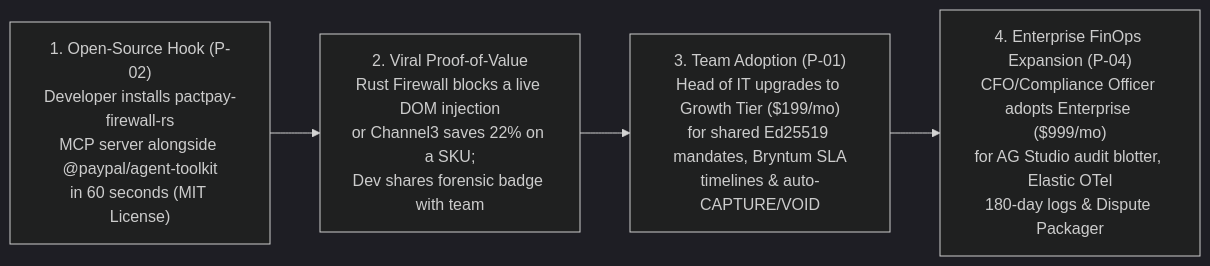
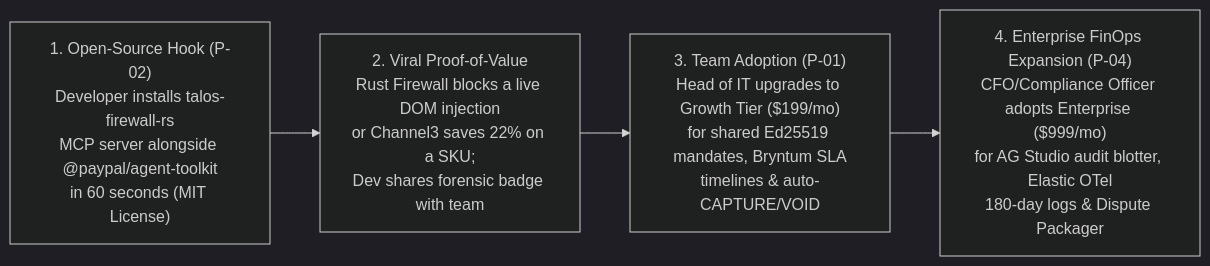
The diagram in docs/07-business/GTM.md (sruj08/Talos), drawn with Mermaid (dark theme) before and after one commit. The commit also changed other lines of this file and 457 other files, not shown here.

Commit message:
feat: initialize polyglot project architecture with comprehensive documentation, Go orchestrator, and Rust firewall services

````diff
--- a/docs/07-business/GTM.md
+++ b/docs/07-business/GTM.md
@@ -17,9 +17,9 @@
 ```mermaid
 flowchart LR
-    Step1["1. Open-Source Hook (P-02)\nDeveloper installs pactpay-firewall-rs\nMCP server alongside @paypal/agent-toolkit\nin 60 seconds (MIT License)"]
+    Step1["1. Open-Source Hook (P-02)\nDeveloper installs talos-firewall-rs\nMCP server alongside @paypal/agent-toolkit\nin 60 seconds (MIT License)"]
     Step2["2. Viral Proof-of-Value\nRust Firewall blocks a live DOM injection\nor Channel3 saves 22% on a SKU;\nDev shares forensic badge with team"]
     Step3["3. Team Adoption (P-01)\nHead of IT upgrades to Growth Tier ($199/mo)\nfor shared Ed25519 mandates, Bryntum SLA\ntimelines & auto-CAPTURE/VOID"]
     Step4["4. Enterprise FinOps Expansion (P-04)\nCFO/Compliance Officer adopts Enterprise ($999/mo)\nfor AG Studio audit blotter, Elastic OTel\n180-day logs & Dispute Packager"]
 
     Step1 --> Step2 --> Step3 --> Step4
 ```
````
